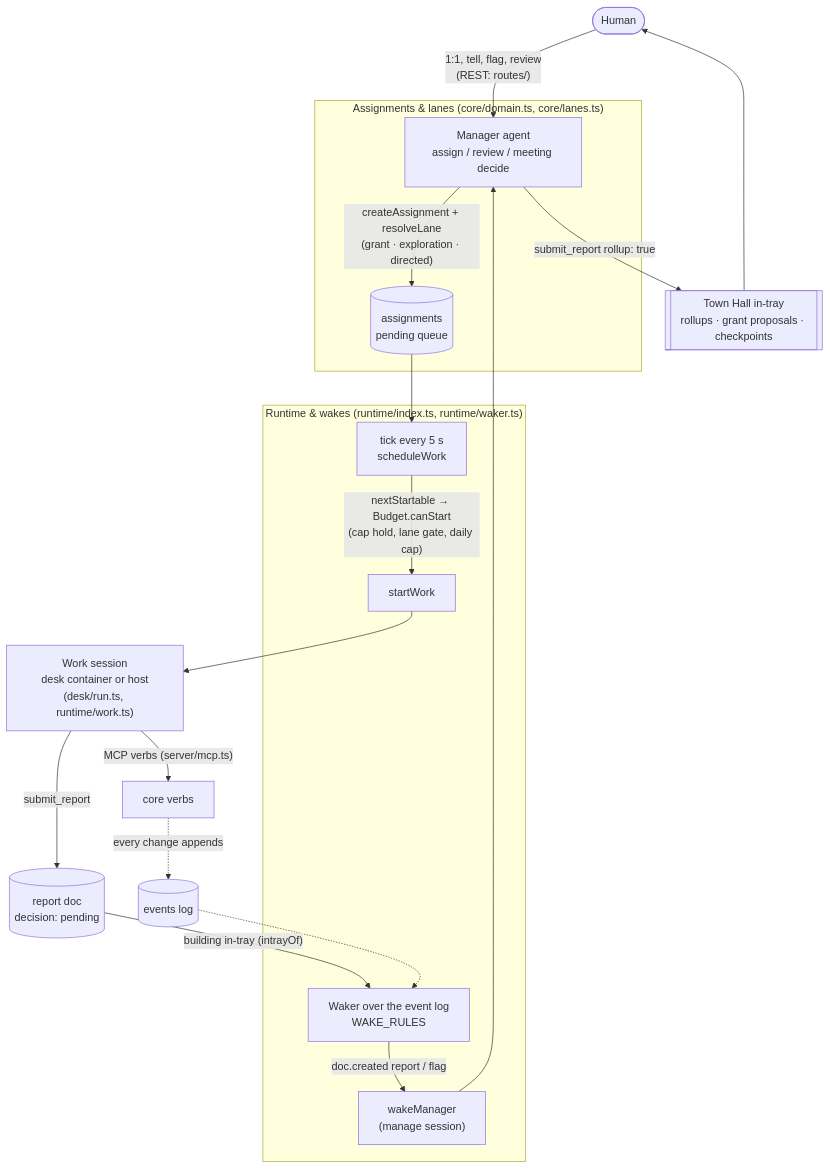
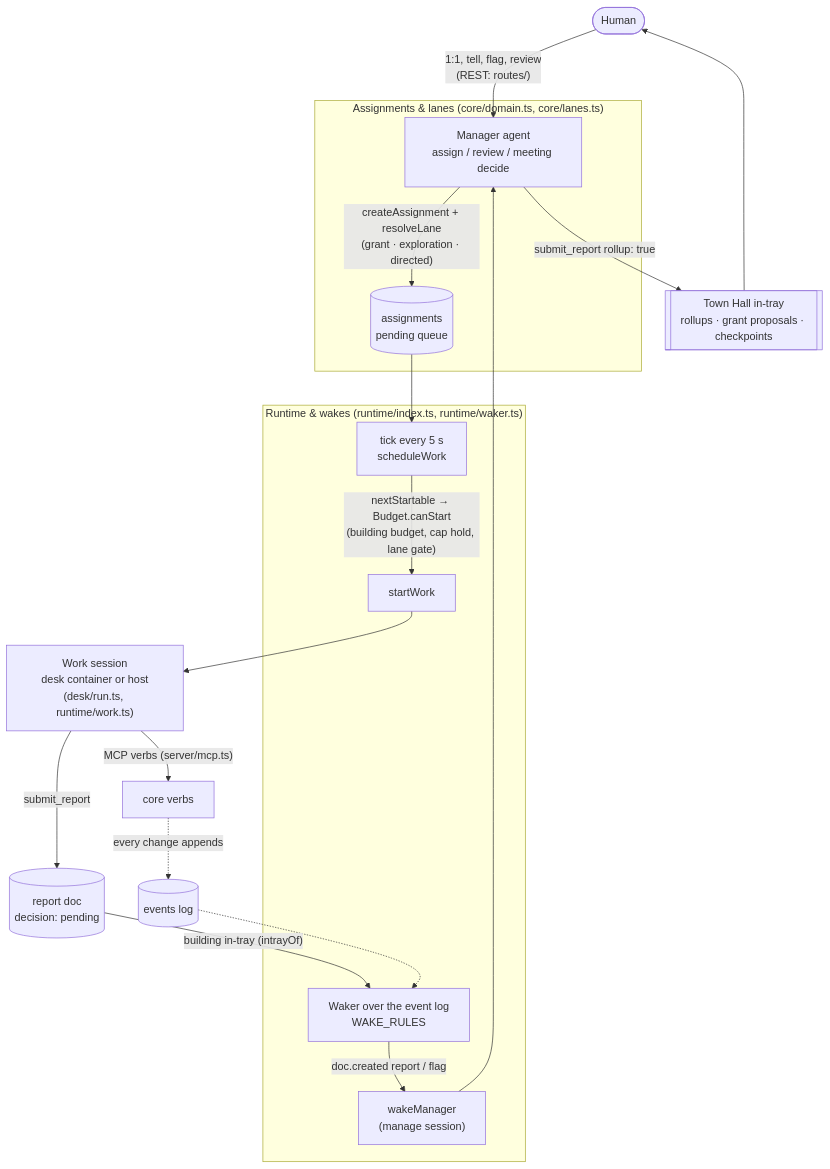
The first of 2 diagrams in docs/architecture.md (mitchellgordon95/muster-town), drawn with Mermaid before and after one commit. The commit also changed other lines of this file and 25 other files, not shown here.

````diff
--- a/docs/architecture.md
+++ b/docs/architecture.md
@@ -30,21 +30,21 @@
 ```mermaid
 flowchart TD
   human([Human]) -->|"1:1, tell, flag, review<br/>(REST: routes/)"| mgr
   subgraph assign["Assignments & lanes (core/domain.ts, core/lanes.ts)"]
     mgr["Manager agent<br/>assign / review / meeting decide"] -->|"createAssignment + resolveLane<br/>(grant · exploration · directed)"| queue[("assignments<br/>pending queue")]
   end
   subgraph rt["Runtime & wakes (runtime/index.ts, runtime/waker.ts)"]
-    tick["tick every 5 s<br/>scheduleWork"] -->|"nextStartable → Budget.canStart<br/>(cap hold, lane gate, daily cap)"| start["startWork"]
+    tick["tick every 5 s<br/>scheduleWork"] -->|"nextStartable → Budget.canStart<br/>(building budget, cap hold, lane gate)"| start["startWork"]
     waker["Waker over the event log<br/>WAKE_RULES"] -->|"doc.created report / flag"| wm["wakeManager<br/>(manage session)"]
   end
   queue --> tick
   start --> session["Work session<br/>desk container or host<br/>(desk/run.ts, runtime/work.ts)"]
   session -->|"MCP verbs (server/mcp.ts)"| verbs["core verbs"]
   session -->|"submit_report"| report[("report doc<br/>decision: pending")]
   report -->|"building in-tray (intrayOf)"| waker
   wm --> mgr
   mgr -->|"submit_report rollup: true"| townhall[["Town Hall in-tray<br/>rollups · grant proposals · checkpoints"]]
   townhall --> human
   verbs -.->|"every change appends"| events[("events log")]
   events -.-> waker
 ```
````
